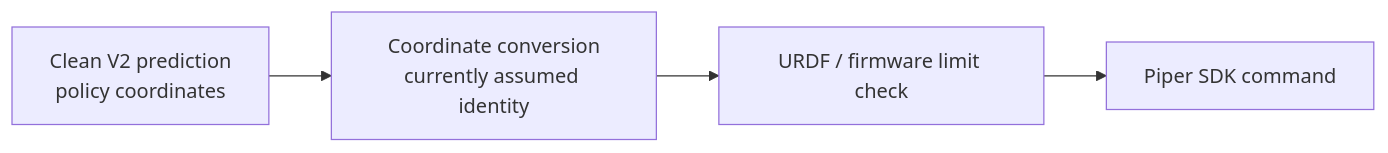
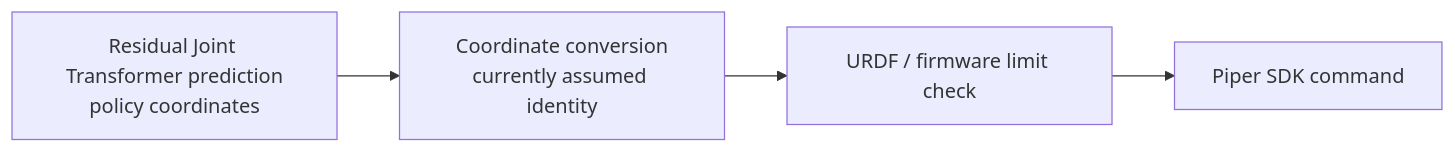
Before and after one commit to voniu/EgoVerse: the ninth of 9 diagrams in docs/piper_model_architecture_evolution.md, drawn with Mermaid. The commit also changed other lines of this file and 21 other files, not shown here.

Commit message:
refactor(piper): name residual joint transformer strategy

````diff
--- a/docs/piper_model_architecture_evolution.md
+++ b/docs/piper_model_architecture_evolution.md
@@ -446,6 +446,6 @@
 ```mermaid
 flowchart LR
-    M[Clean V2 prediction<br/>policy coordinates] --> C[Coordinate conversion<br/>currently assumed identity]
+    M[Residual Joint Transformer prediction<br/>policy coordinates] --> C[Coordinate conversion<br/>currently assumed identity]
     C --> L[URDF / firmware limit check]
     L --> SDK[Piper SDK command]
 ```
````
